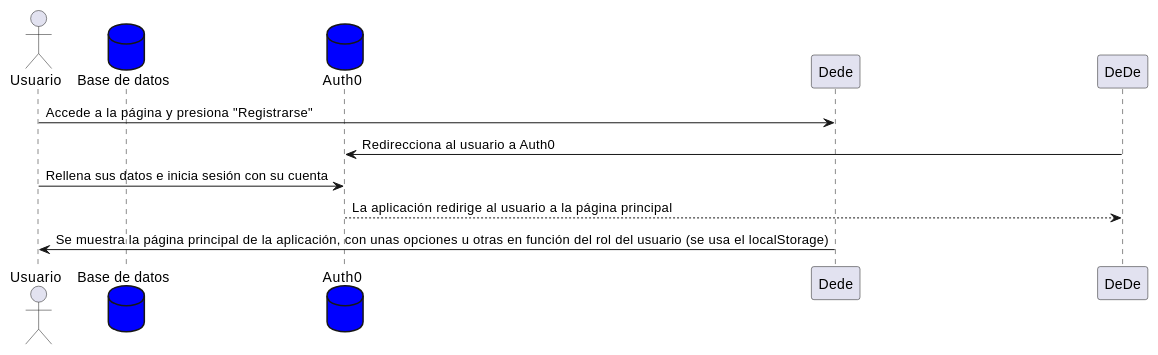
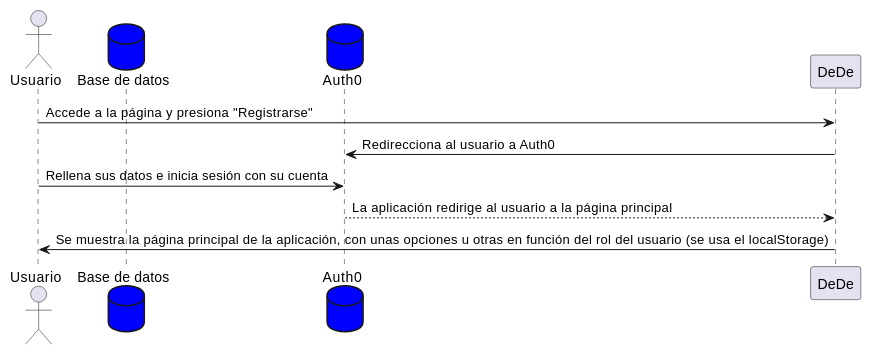
The fifth of 8 diagrams in docs/06_runtime_view.adoc (Arquisoft/dede_es2a), drawn with PlantUML before and after one commit. The commit also changed other lines of this file, not shown here.

Commit message:
Corregidos diagramas de secuencia

```diff
--- a/docs/06_runtime_view.adoc
+++ b/docs/06_runtime_view.adoc
@@ -96,11 +96,11 @@
 [plantuml,"InicioSesion",png]
 ----
 actor Usuario
 database BaseDeDatos as "Base de datos" #blue
 database Auth0 as "Auth0" #blue
-Usuario -> Dede: Accede  a la página y presiona "Registrarse"
+Usuario -> DeDe: Accede  a la página y presiona "Registrarse"
 DeDe -> Auth0: Redirecciona al usuario a Auth0
 Usuario -> Auth0: Rellena sus datos e inicia sesión con su cuenta
 DeDe <-- Auth0: La aplicación redirige al usuario a la página principal
-Usuario <- Dede: Se muestra la página principal de la aplicación, con unas opciones u otras en función del rol del usuario (se usa el localStorage)
+Usuario <- DeDe: Se muestra la página principal de la aplicación, con unas opciones u otras en función del rol del usuario (se usa el localStorage)
 ----
```
